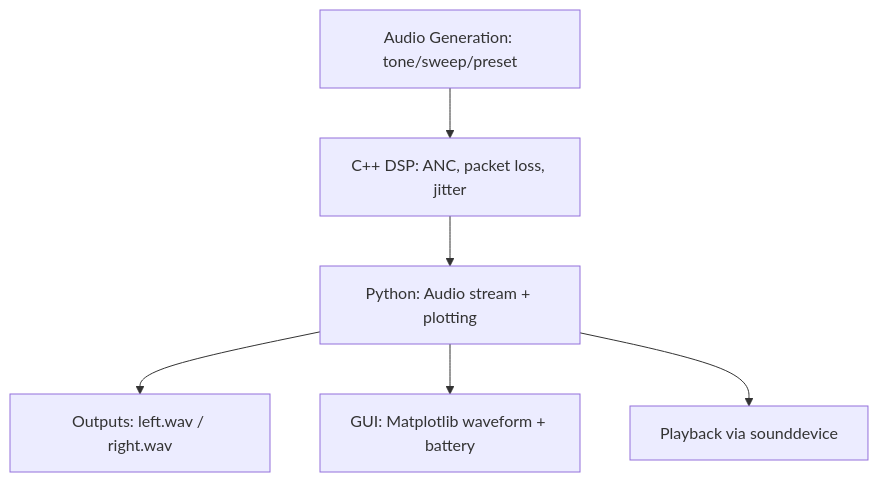
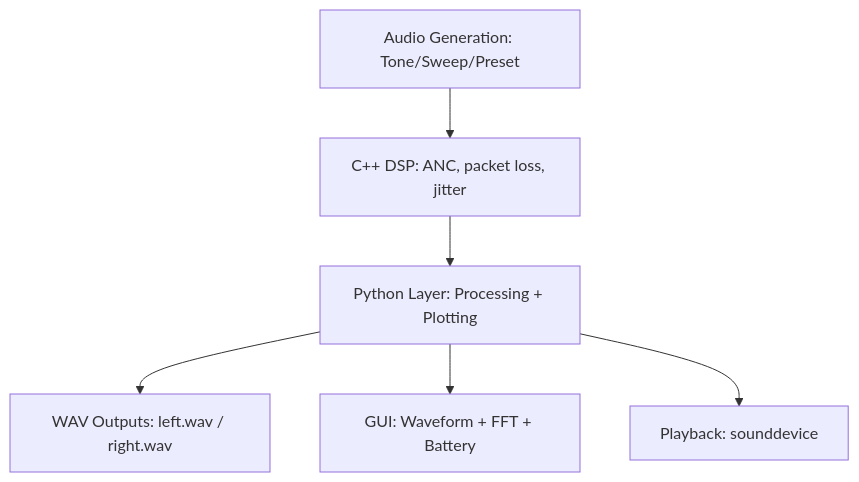
Before and after one commit to Spidy104/tws_simulation: the diagram in README.md, drawn with Mermaid. The commit also changed other lines of this file and 8 other files, not shown here.

````diff
--- a/README.md
+++ b/README.md
@@ -61,8 +71,8 @@
 ```mermaid
 graph TD
-    A[Audio Generation: tone/sweep/preset] --> B[C++ DSP: ANC, packet loss, jitter]
-    B --> C[Python: Audio stream + plotting]
-    C --> D[Outputs: left.wav / right.wav]
-    C --> E[GUI: Matplotlib waveform + battery]
-    C --> F[Playback via sounddevice]
+    A[Audio Generation: Tone/Sweep/Preset] --> B[C++ DSP: ANC, packet loss, jitter]
+    B --> C[Python Layer: Processing + Plotting]
+    C --> D[WAV Outputs: left.wav / right.wav]
+    C --> E[GUI: Waveform + FFT + Battery]
+    C --> F[Playback: sounddevice]
 ```
````
